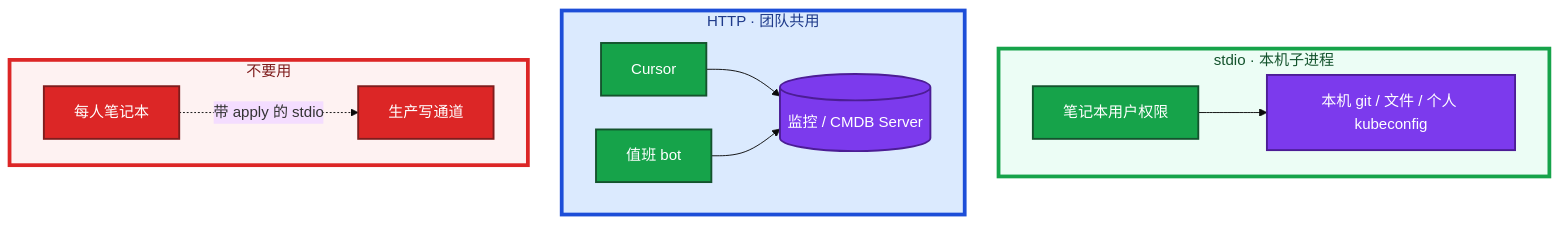
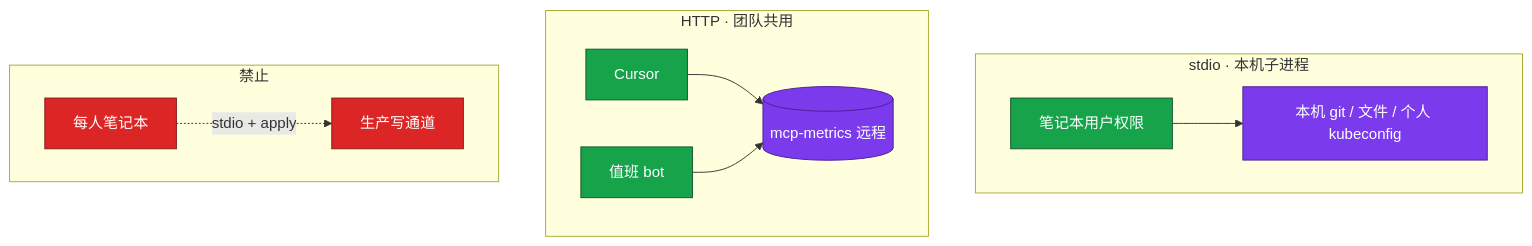
Before and after one commit to ml-cuizijun/LearnToLilith: the fourth of 7 diagrams in 09-AI与智能运维/05-MCP协议/知识点.md, drawn with Mermaid. The commit also changed other lines of this file and 213 other files, not shown here.

````diff
--- a/09-AI与智能运维/05-MCP协议/知识点.md
+++ b/09-AI与智能运维/05-MCP协议/知识点.md
@@ -151,27 +161,19 @@
 ```mermaid
-%%{init: {"flowchart": {"padding": 16, "nodeSpacing": 36, "rankSpacing": 48}, "theme": "base"}}%%
 flowchart TB
+    classDef ok fill:#16A34A,stroke:#14532D,color:#fff
+    classDef srv fill:#7C3AED,stroke:#4C1D95,color:#fff
+    classDef bad fill:#DC2626,stroke:#7F1D1D,color:#fff
+
     subgraph stdio ["stdio · 本机子进程"]
-        lap[笔记本用户权限] --> local[本机 git / 文件 / 个人 kubeconfig]
+        lap[笔记本用户权限]:::ok --> local[本机 git / 文件 / 个人 kubeconfig]:::srv
     end
 
     subgraph http ["HTTP · 团队共用"]
-        ide[Cursor] --> remote[(监控 / CMDB Server)]
-        oncall[值班 bot] --> remote
+        ide[Cursor]:::ok --> remote[(mcp-metrics 远程)]:::srv
+        oncall[值班 bot]:::ok --> remote
     end
 
-    subgraph bad ["不要用"]
-        everyone[每人笔记本] -.->|带 apply 的 stdio| prod[生产写通道]
+    subgraph bad ["禁止"]
+        everyone[每人笔记本]:::bad -.->|stdio + apply| prod[生产写通道]:::bad
     end
-
-    classDef ok fill:#16A34A,stroke:#14532D,stroke-width:2px,color:#fff
-    classDef srv fill:#7C3AED,stroke:#4C1D95,stroke-width:2px,color:#fff
-    classDef no fill:#DC2626,stroke:#7F1D1D,stroke-width:2px,color:#fff
-    class lap,ide,oncall ok
-    class remote,local srv
-    class everyone,prod no
-
-    style stdio fill:#ECFDF5,stroke:#16A34A,stroke-width:4px,color:#14532D
-    style http fill:#DBEAFE,stroke:#1D4ED8,stroke-width:4px,color:#1E3A8A
-    style bad fill:#FEF2F2,stroke:#DC2626,stroke-width:4px,color:#7F1D1D
 ```
````
